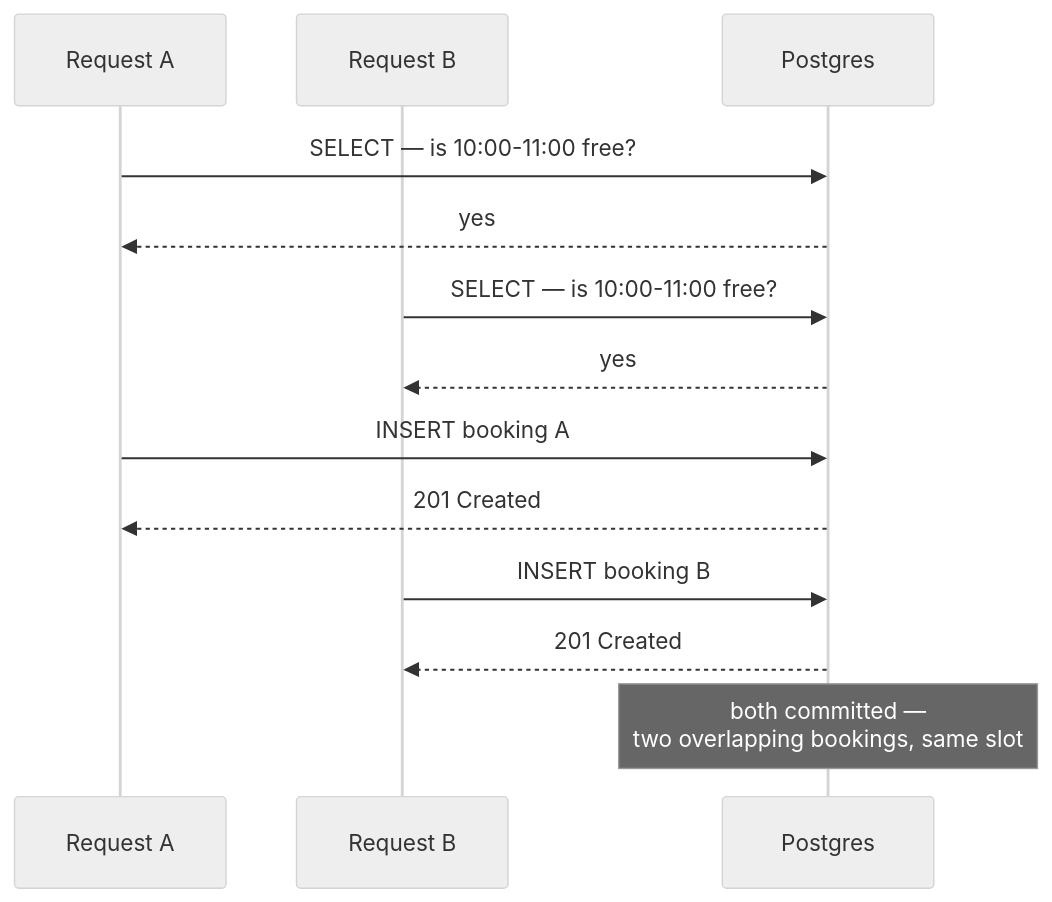
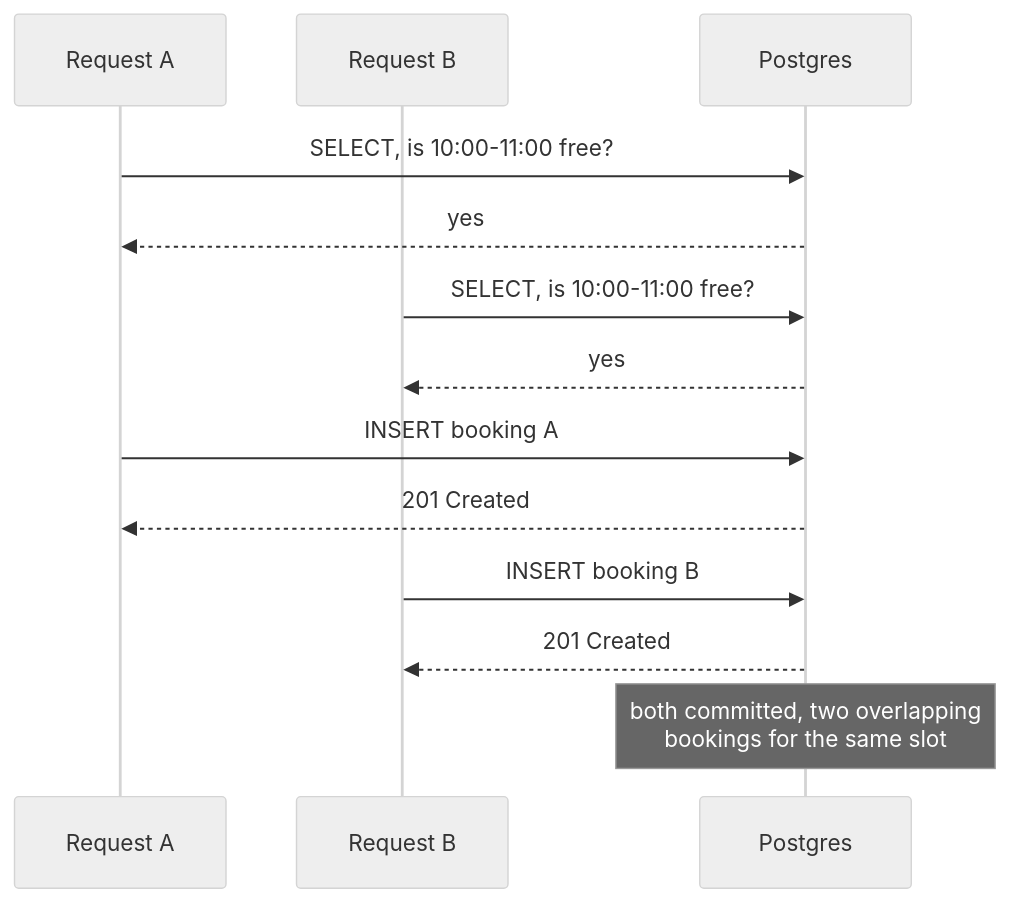
One commit to ApparentlyTejas/RoomLock changed the first of 4 diagrams in README.md. Above: the diagram before and after it, drawn with Mermaid (neutral theme). The commit also changed other lines of this file, not shown here.

````diff
--- a/README.md
+++ b/README.md
@@ -37,16 +22,16 @@
 ```mermaid
 sequenceDiagram
     participant A as Request A
     participant B as Request B
     participant DB as Postgres
 
-    A->>DB: SELECT — is 10:00-11:00 free?
+    A->>DB: SELECT, is 10:00-11:00 free?
     DB-->>A: yes
-    B->>DB: SELECT — is 10:00-11:00 free?
+    B->>DB: SELECT, is 10:00-11:00 free?
     DB-->>B: yes
     A->>DB: INSERT booking A
     DB-->>A: 201 Created
     B->>DB: INSERT booking B
     DB-->>B: 201 Created
-    Note over DB: both committed —<br/>two overlapping bookings, same slot
+    Note over DB: both committed, two overlapping<br/>bookings for the same slot
 ```
````
